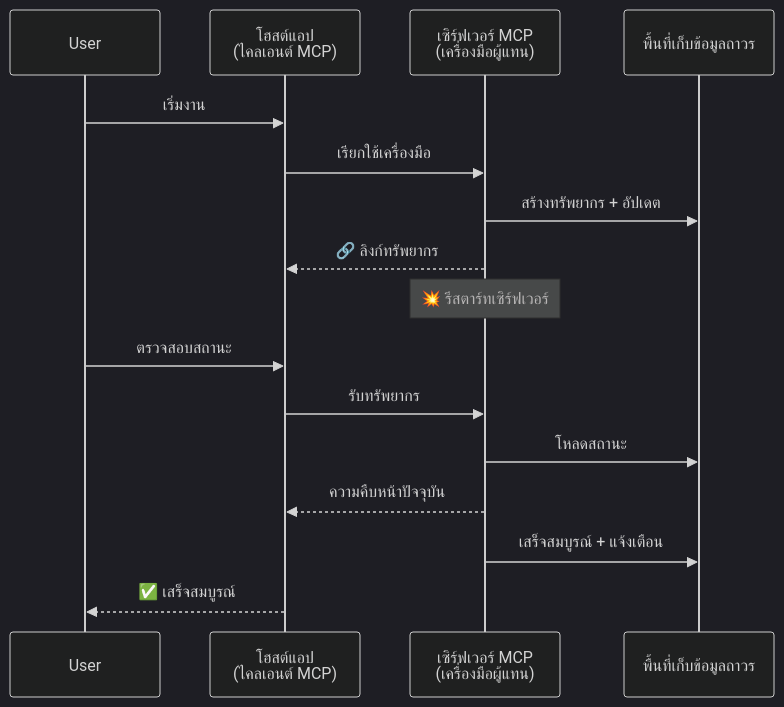
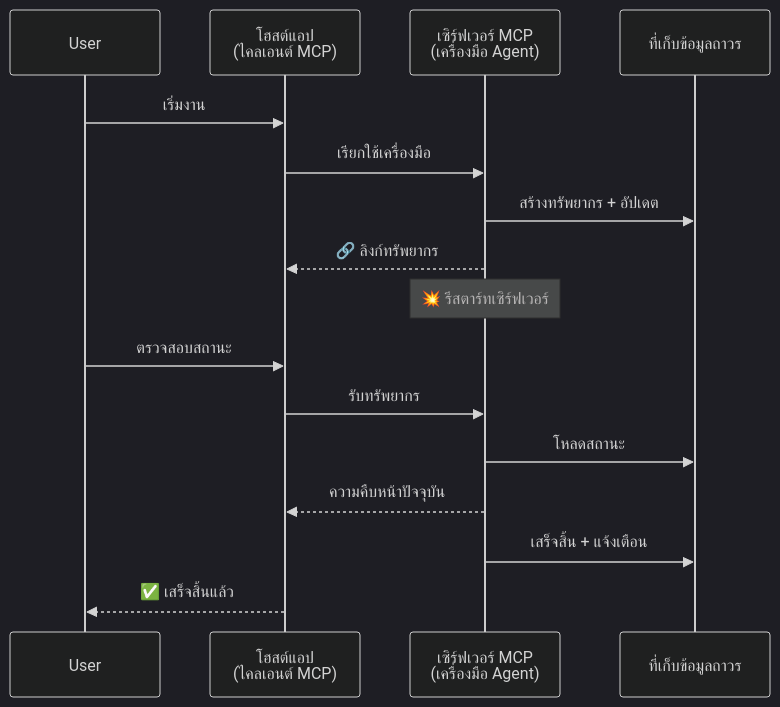
One commit to gabrielmoreira/agent-skills-mirror changed the third of 5 diagrams in mirrors/repos/microsoft@ai-agents-for-beginners/translations/th/11-agentic-protocols/code_samples/mcp-agents/README.md. Above: the diagram before and after it, drawn with Mermaid (dark theme). The commit also changed other lines of this file and 4262 other files, not shown here.

````diff
--- a/mirrors/repos/microsoft@ai-agents-for-beginners/translations/th/11-agentic-protocols/code_samples/mcp-agents/README.md
+++ b/mirrors/repos/microsoft@ai-agents-for-beginners/translations/th/11-agentic-protocols/code_samples/mcp-agents/README.md
@@ -123,21 +123,21 @@
 ```mermaid
 sequenceDiagram
     participant User
     participant Host as โฮสต์แอป<br/>(ไคลเอนต์ MCP)
-    participant Server as เซิร์ฟเวอร์ MCP<br/>(เครื่องมือผู้แทน)
-    participant DB as พื้นที่เก็บข้อมูลถาวร
+    participant Server as เซิร์ฟเวอร์ MCP<br/>(เครื่องมือ Agent)
+    participant DB as ที่เก็บข้อมูลถาวร
 
     User->>Host: เริ่มงาน
     Host->>Server: เรียกใช้เครื่องมือ
     Server->>DB: สร้างทรัพยากร + อัปเดต
     Server-->>Host: 🔗 ลิงก์ทรัพยากร
 
     Note over Server: 💥 รีสตาร์ทเซิร์ฟเวอร์
 
     User->>Host: ตรวจสอบสถานะ
     Host->>Server: รับทรัพยากร
     Server->>DB: โหลดสถานะ
     Server-->>Host: ความคืบหน้าปัจจุบัน
-    Server->>DB: เสร็จสมบูรณ์ + แจ้งเตือน
-    Host-->>User: ✅ เสร็จสมบูรณ์
+    Server->>DB: เสร็จสิ้น + แจ้งเตือน
+    Host-->>User: ✅ เสร็จสิ้นแล้ว
 ```
````
